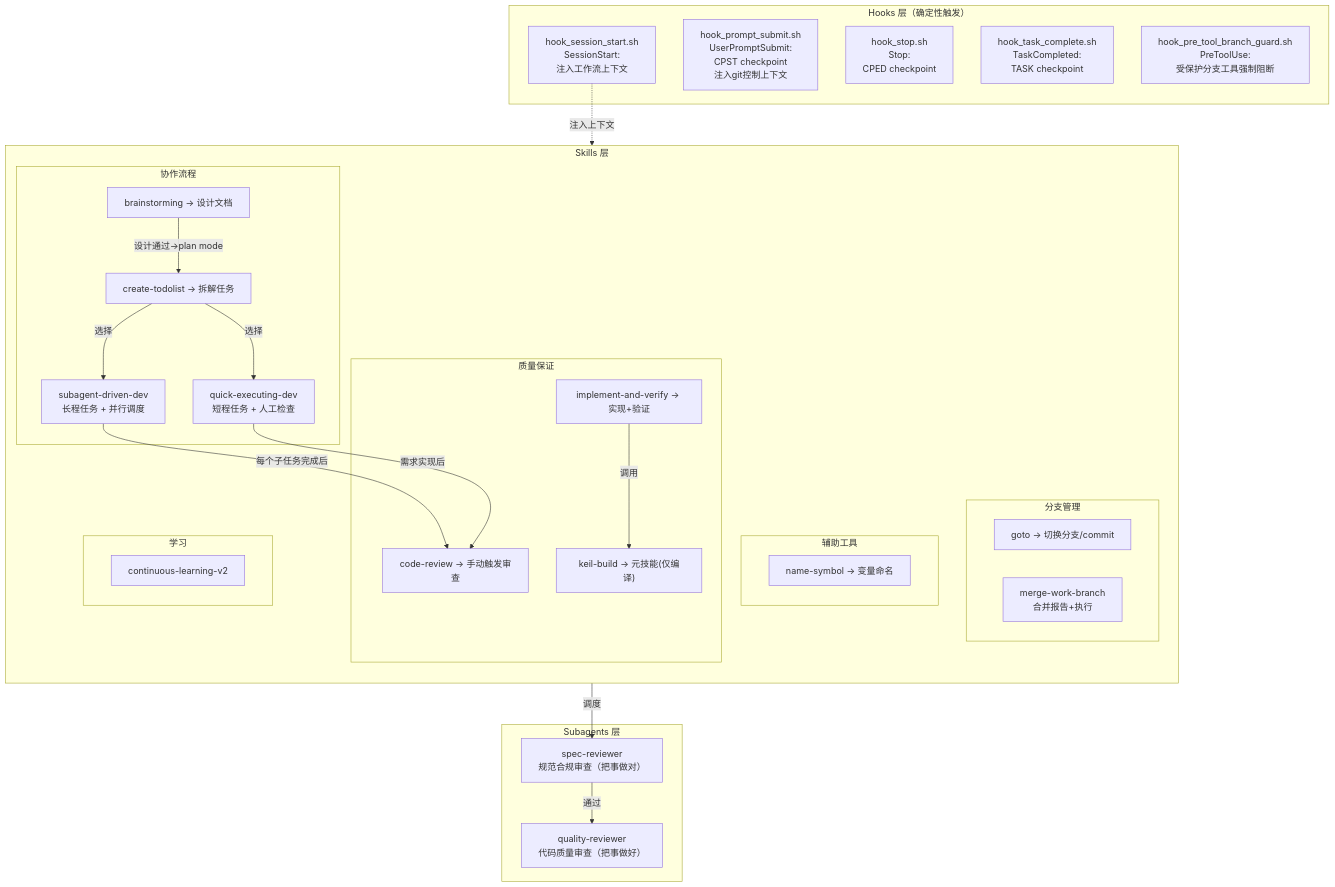
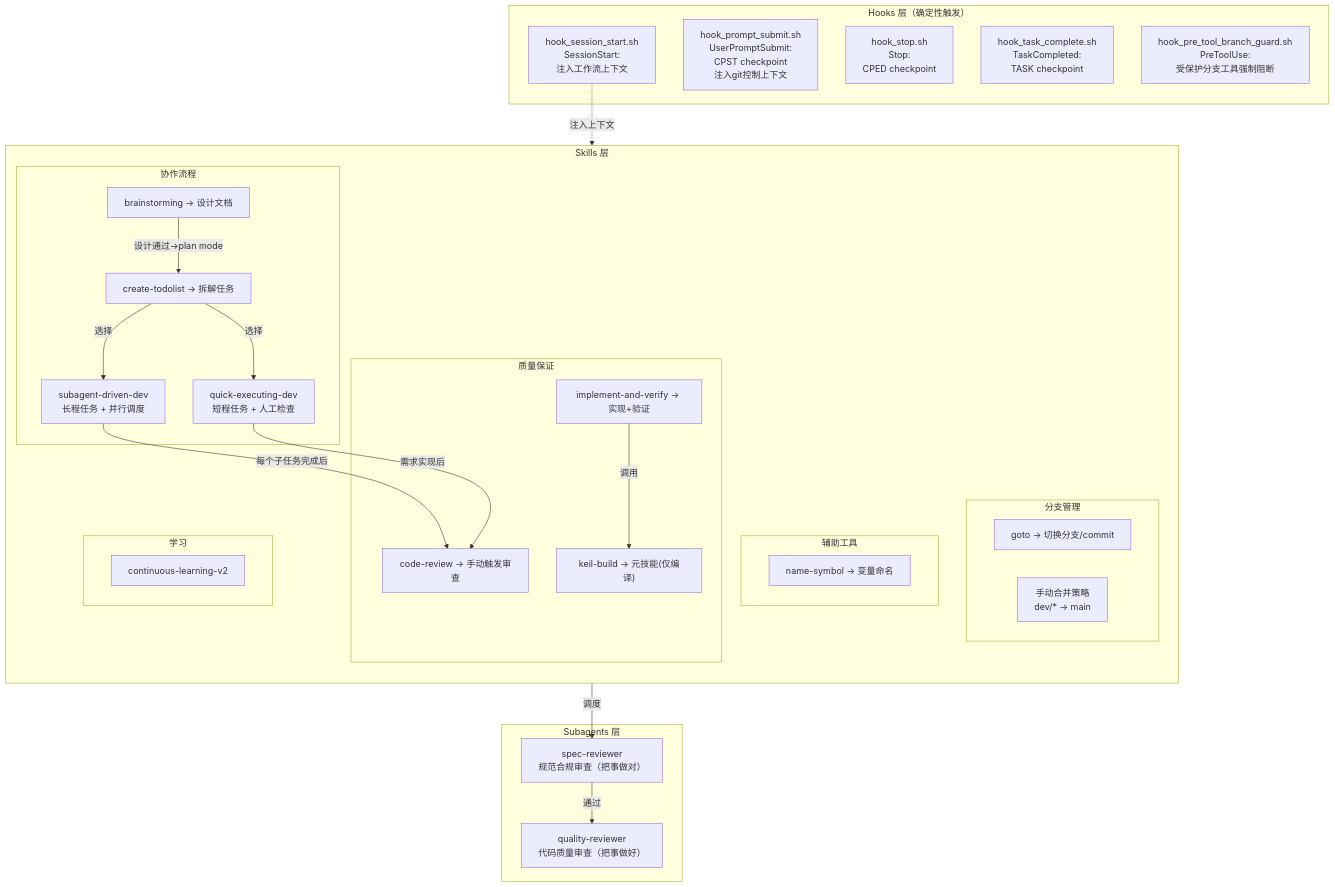
The first of 2 diagrams in Resources/AI 开发工作流系统设计框架.md (IHiter-2026-Wheeled-Bipedal-Soldier/Wheeled_Bipedal_Shared_CC_Config), drawn with Mermaid before and after one commit. The commit also changed other lines of this file and 9 other files, not shown here.

````diff
--- a/Resources/AI 开发工作流系统设计框架.md
+++ b/Resources/AI 开发工作流系统设计框架.md
@@ -15,50 +15,50 @@
 ```mermaid
 graph TB
     subgraph "Hooks 层（确定性触发）"
         H1["hook_session_start.sh<br/>SessionStart:<br/>注入工作流上下文"]
         H2["hook_prompt_submit.sh<br/>UserPromptSubmit:<br/>CPST checkpoint<br/>注入git控制上下文"]
         H3["hook_stop.sh<br/>Stop:<br/>CPED checkpoint"]
         H4["hook_task_complete.sh<br/>TaskCompleted:<br/>TASK checkpoint"]
       H5["hook_pre_tool_branch_guard.sh<br/>PreToolUse:<br/>受保护分支工具强制阻断"]
     end
 
     subgraph "Skills 层"
         direction TB
         subgraph "协作流程"
             S1["brainstorming → 设计文档"]
             S2["create-todolist → 拆解任务"]
             S3["subagent-driven-dev<br/>长程任务 + 并行调度"]
             S4["quick-executing-dev<br/>短程任务 + 人工检查"]
         end
         subgraph "质量保证"
             S5["code-review → 手动触发审查"]
             S6["implement-and-verify → 实现+验证"]
             S7["keil-build → 元技能(仅编译)"]
         end
         subgraph "分支管理"
             S9["goto → 切换分支/commit"]
-            S10["merge-work-branch<br/>合并报告+执行"]
+          S10["手动合并策略<br/>dev/* -> main"]
         end
         subgraph "辅助工具"
             S12["name-symbol → 变量命名"]
         end
         subgraph "学习"
             S15["continuous-learning-v2"]
         end
     end
 
     subgraph "Subagents 层"
         A2["spec-reviewer<br/>规范合规审查（把事做对）"]
         A3["quality-reviewer<br/>代码质量审查（把事做好）"]
     end
 
     H1 -.->|注入上下文| S1
     S1 -->|设计通过→plan mode| S2
     S2 -->|选择| S3
     S2 -->|选择| S4
     S3 -->|每个子任务完成后| S5
     S4 -->|需求实现后| S5
     S5 -->|调度| A2
     A2 -->|通过| A3
     S6 -->|调用| S7
 ```
````
